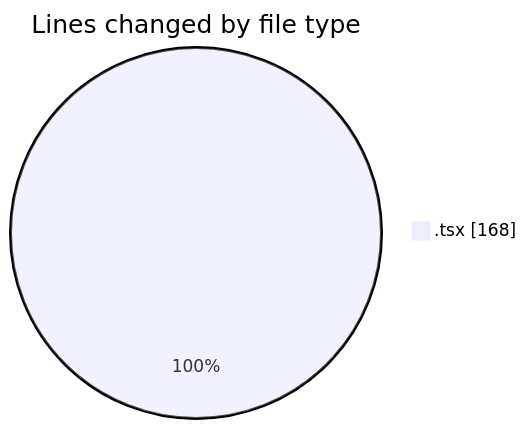
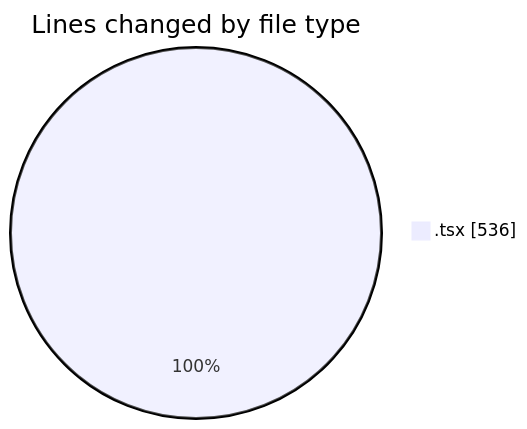
Before and after one commit to julien-gomy/code-tracking: the first of 2 diagrams in 2025-10-10/eventscop-frontend-guide__workspace_/README.md, drawn with Mermaid. The commit also changed other lines of this file and 1 other file, not shown here.

````diff
--- a/2025-10-10/eventscop-frontend-guide__workspace_/README.md
+++ b/2025-10-10/eventscop-frontend-guide__workspace_/README.md
@@ -21,5 +21,5 @@
 ```mermaid
 pie showData
 title Lines changed by file type
-".tsx" : 168
+".tsx" : 536
 ```
````
